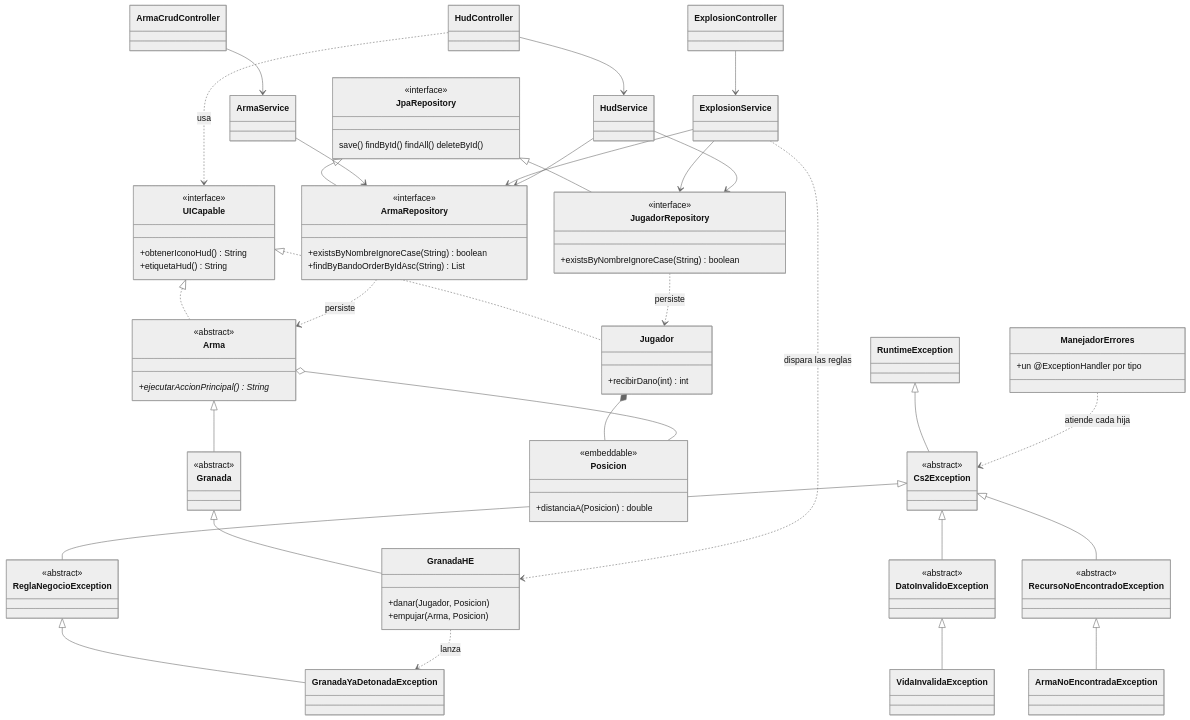
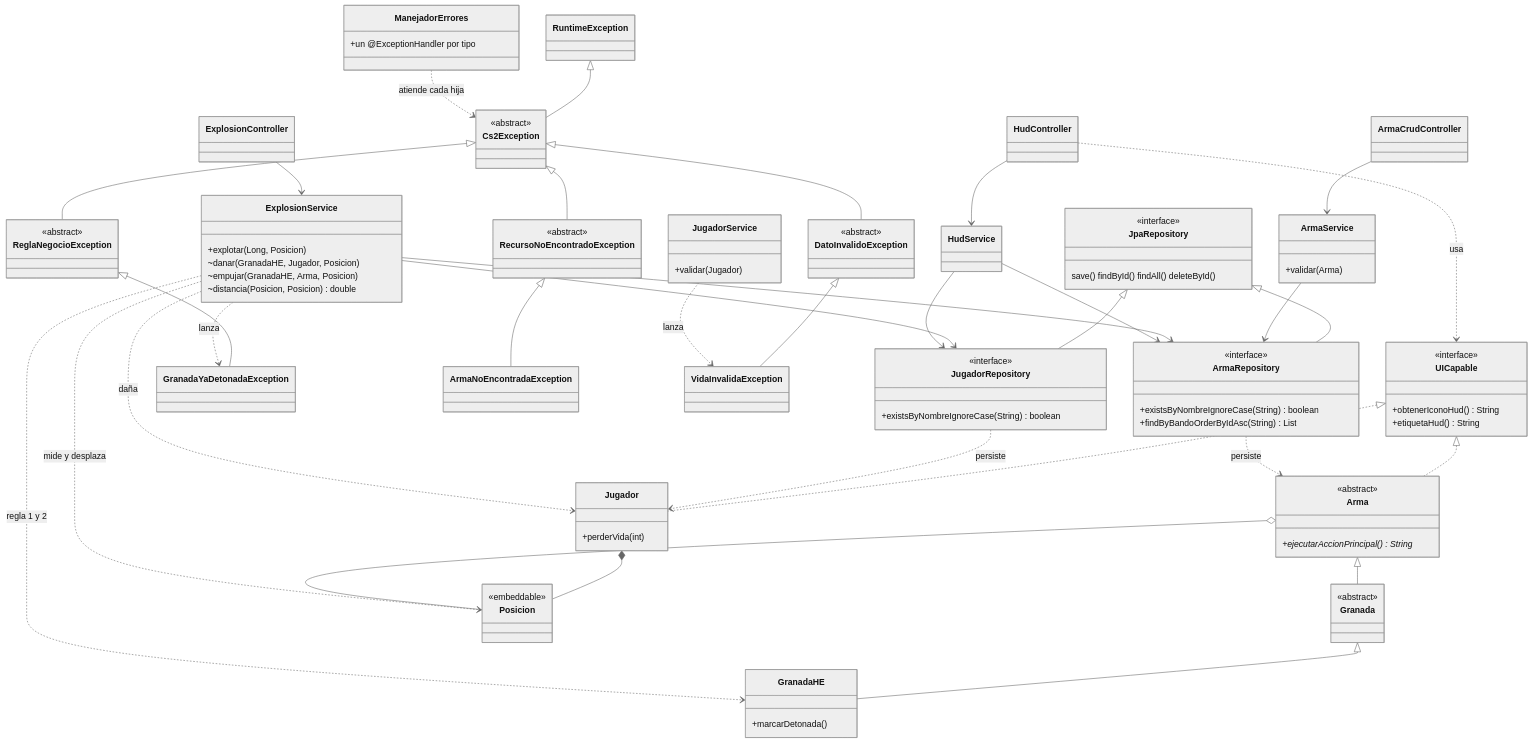
One commit to ferue/agaona-taller-git-2026 changed the second of 2 diagrams in README.md. Above: the diagram before and after it, drawn with Mermaid (neutral theme). The commit also changed other lines of this file and 4 other files, not shown here.

````diff
--- a/README.md
+++ b/README.md
@@ -873,15 +904,13 @@
         <<abstract>>
     }
     class GranadaHE {
-        +danar(Jugador, Posicion)
-        +empujar(Arma, Posicion)
+        +marcarDetonada()
     }
     class Jugador {
-        +recibirDano(int) int
+        +perderVida(int)
     }
     class Posicion {
         <<embeddable>>
-        +distanciaA(Posicion) double
     }
 
     class JpaRepository {
@@ -901,8 +930,18 @@
     class ArmaCrudController
     class ExplosionController
     class HudController
-    class ArmaService
-    class ExplosionService
+    class ArmaService {
+        +validar(Arma)
+    }
+    class JugadorService {
+        +validar(Jugador)
+    }
+    class ExplosionService {
+        +explotar(Long, Posicion)
+        ~danar(GranadaHE, Jugador, Posicion)
+        ~empujar(GranadaHE, Arma, Posicion)
+        ~distancia(Posicion, Posicion) double
+    }
     class HudService
 
     class RuntimeException
@@ -948,7 +987,9 @@
     ArmaService --> ArmaRepository
     ExplosionService --> ArmaRepository
     ExplosionService --> JugadorRepository
-    ExplosionService ..> GranadaHE : dispara las reglas
+    ExplosionService ..> GranadaHE : regla 1 y 2
+    ExplosionService ..> Jugador : daña
+    ExplosionService ..> Posicion : mide y desplaza
     HudService --> ArmaRepository
     HudService --> JugadorRepository
 
@@ -960,6 +1001,7 @@
     ReglaNegocioException <|-- GranadaYaDetonadaException
     RecursoNoEncontradoException <|-- ArmaNoEncontradaException
     DatoInvalidoException <|-- VidaInvalidaException
-    GranadaHE ..> GranadaYaDetonadaException : lanza
+    ExplosionService ..> GranadaYaDetonadaException : lanza
+    JugadorService ..> VidaInvalidaException : lanza
     ManejadorErrores ..> Cs2Exception : atiende cada hija
 ```
````
